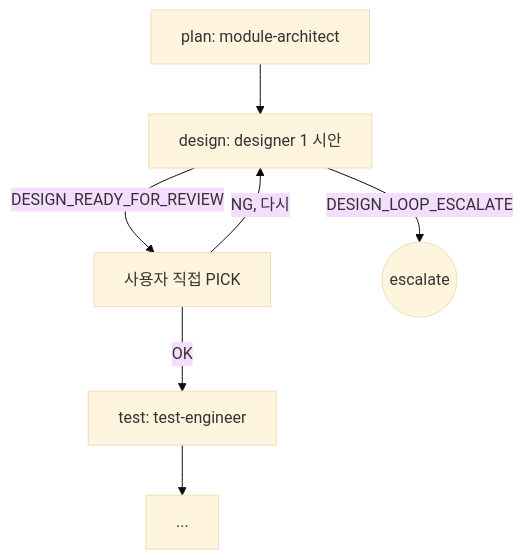
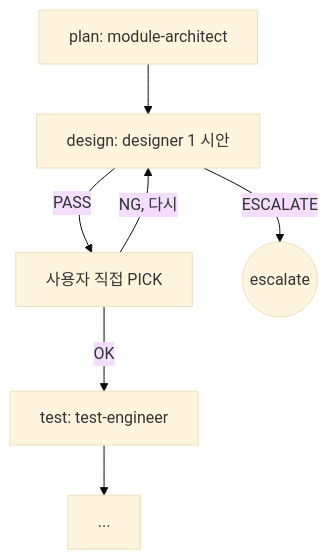
One commit to alruminum/dcNess changed the second of 8 diagrams in docs/plugin/orchestration.md. Above: the diagram before and after it, drawn with Mermaid (base theme). The commit also changed other lines of this file and 17 other files, not shown here.

First line of the commit message:
[docs] 8 agent 결론 enum PASS/FAIL/ESCALATE 통일 (PR B-3)

````diff
--- a/docs/plugin/orchestration.md
+++ b/docs/plugin/orchestration.md
@@ -87,15 +87,15 @@
 ```mermaid
 flowchart TD
     plan[plan: module-architect]
     design[design: designer 1 시안]
     pick[사용자 직접 PICK]
     test[test: test-engineer]
     impl[...]
 
     plan --> design
-    design -->|DESIGN_READY_FOR_REVIEW| pick
-    design -->|DESIGN_LOOP_ESCALATE| esc((escalate))
+    design -->|PASS| pick
+    design -->|ESCALATE| esc((escalate))
     pick -->|OK| test
     pick -->|NG, 다시| design
     test --> impl
 ```
````
